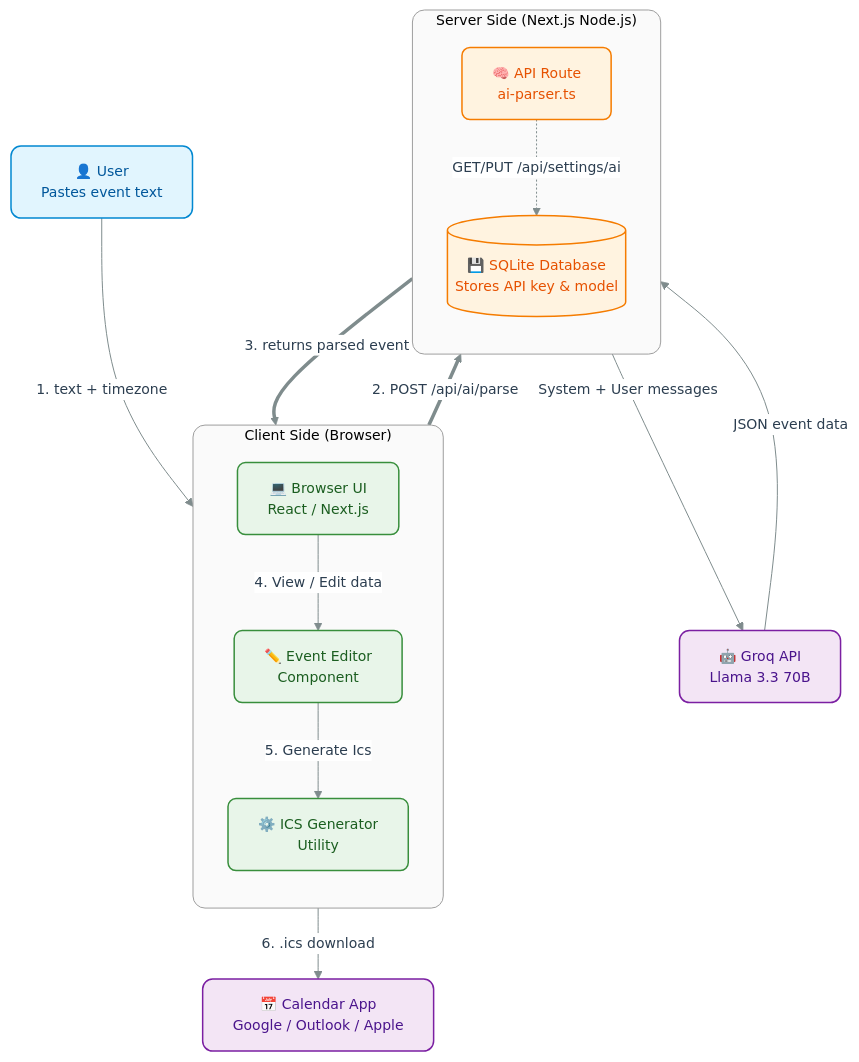
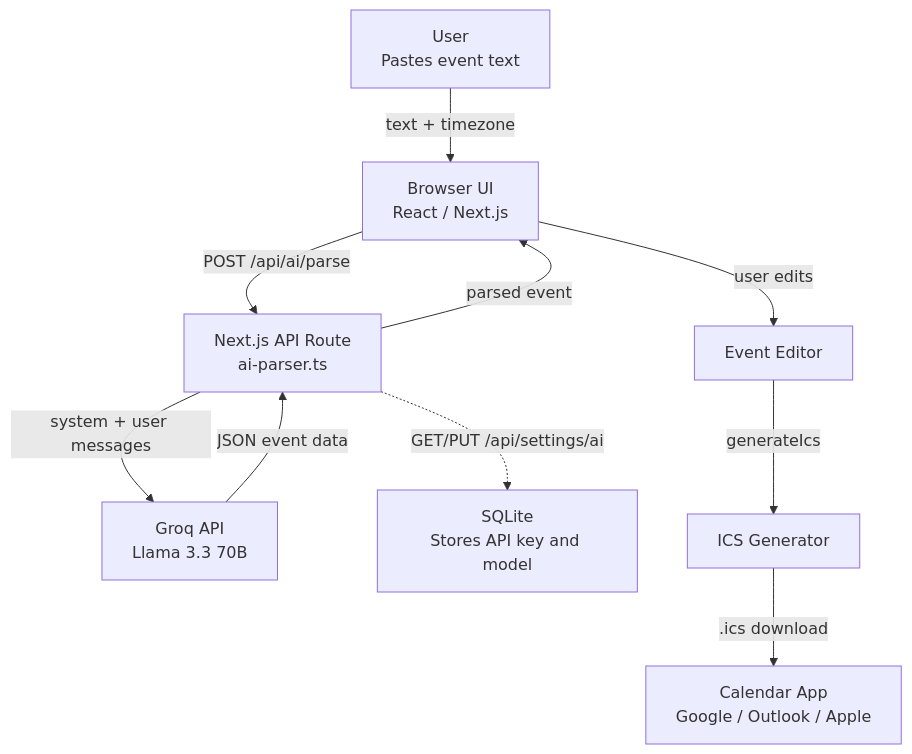
Before and after one commit to Rimas-Codes/event-to-ics: the diagram in README.md, drawn with Mermaid. The commit also changed other lines of this file and 56 other files, not shown here.

````diff
--- a/README.md
+++ b/README.md
@@ -7,109 +7,12 @@
 ```mermaid
-
-%%{init: {'theme': 'base', 'themeVariables': { 'primaryColor': '#ffffff', 'primaryTextColor': '#2c3e50', 'primaryBorderColor': '#bdc3c7', 'lineColor': '#7f8c8d', 'fontSize': '14px', 'fontFamily': 'Helvetica Neue, Inter, Arial, sans-serif'}}}%%
-
 flowchart TD
-
-    %% Styling Definitions for modern look (soft pastels and rounded corners)
-
-    classDef user fill:#e1f5fe,stroke:#0288d1,stroke-width:1.5px,color:#01579b,rx:10,ry:10;
-
-    classDef frontend fill:#e8f5e9,stroke:#388e3c,stroke-width:1.5px,color:#1b5e20,rx:8,ry:8;
-
-    classDef backend fill:#fff3e0,stroke:#f57c00,stroke-width:1.5px,color:#e65100,rx:8,ry:8;
-
-    classDef external fill:#f3e5f5,stroke:#7b1fa2,stroke-width:1.5px,color:#4a148c,rx:10,ry:10;
-
-    
-
-    %% Boundary Nodes Styling (for grouping and clarity)
-
-    classDef boundary stroke:#9e9e9e,stroke-width:1px,fill:#fafafa,rx:12,ry:12;
-
-
-
-    %% Nodes Outside Boundaries
-
-    U["👤 User<br/>Pastes event text"]:::user
-
-    C["📅 Calendar App<br/>Google / Outlook / Apple"]:::external
-
-
-
-    %% Client Side Group with Boundary
-
-    subgraph Client ["Client Side (Browser)"]
-
-        direction TB
-
-        B["💻 Browser UI<br/>React / Next.js"]:::frontend
-
-        E["✏️ Event Editor<br/>Component"]:::frontend
-
-        I["⚙️ ICS Generator<br/>Utility"]:::frontend
-
-    end
-
-    %% Apply boundary style to the subgraph itself
-
-    class Client boundary;
-
-
-
-    %% Server Side Group with Boundary
-
-    subgraph Server ["Server Side (Next.js Node.js)"]
-
-        direction TB
-
-        A["🧠 API Route<br/>ai-parser.ts"]:::backend
-
-        DB[("💾 SQLite Database<br/>Stores API key & model")]:::backend
-
-    end
-
-    %% Apply boundary style to the subgraph itself
-
-    class Server boundary;
-
-
-
-    %% External Services
-
-    G["🤖 Groq API<br/>Llama 3.3 70B"]:::external
-
-
-
-    %% Data Flow / Relationships (Interaction Links)
-
-    U -->|1. text + timezone| B
-
-    
-
-    %% Split interactions for better arrow style application
-
-    B ==>|2. POST /api/ai/parse| A
-
-    A ==>|3. returns parsed event| B
-
-    
-
-    %% Internal Client Flow (Solid)
-
-    B -->|4. View / Edit data| E
-
-    E -->|5. Generate Ics| I
-
-    I -->|6. .ics download| C
-
-
-
-    %% Internal Server Flow (Thinner and dashed where appropriate)
-
-    A -->|System + User messages| G
-
+    U["User<br/>Pastes event text"] -->|text + timezone| B["Browser UI<br/>React / Next.js"]
+    B -->|POST /api/ai/parse| A["Next.js API Route<br/>ai-parser.ts"]
+    A -->|system + user messages| G["Groq API<br/>Llama 3.3 70B"]
+    A -.->|GET/PUT /api/settings/ai| DB["SQLite<br/>Stores API key and model"]
     G -->|JSON event data| A
-
-    A -.->|GET/PUT /api/settings/ai| DB
-
+    A -->|parsed event| B
+    B -->|user edits| E["Event Editor"]
+    E -->|generateIcs| I["ICS Generator"]
+    I -->|.ics download| C["Calendar App<br/>Google / Outlook / Apple"]
 ```
````
